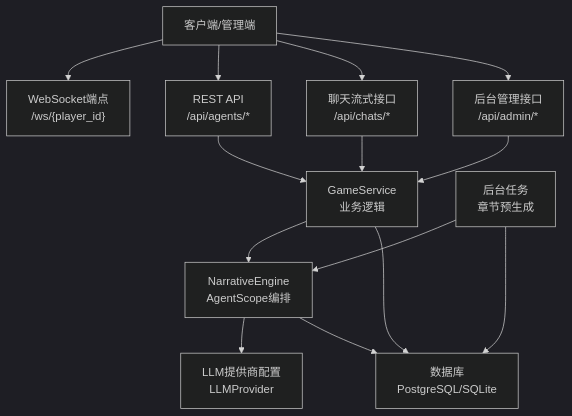
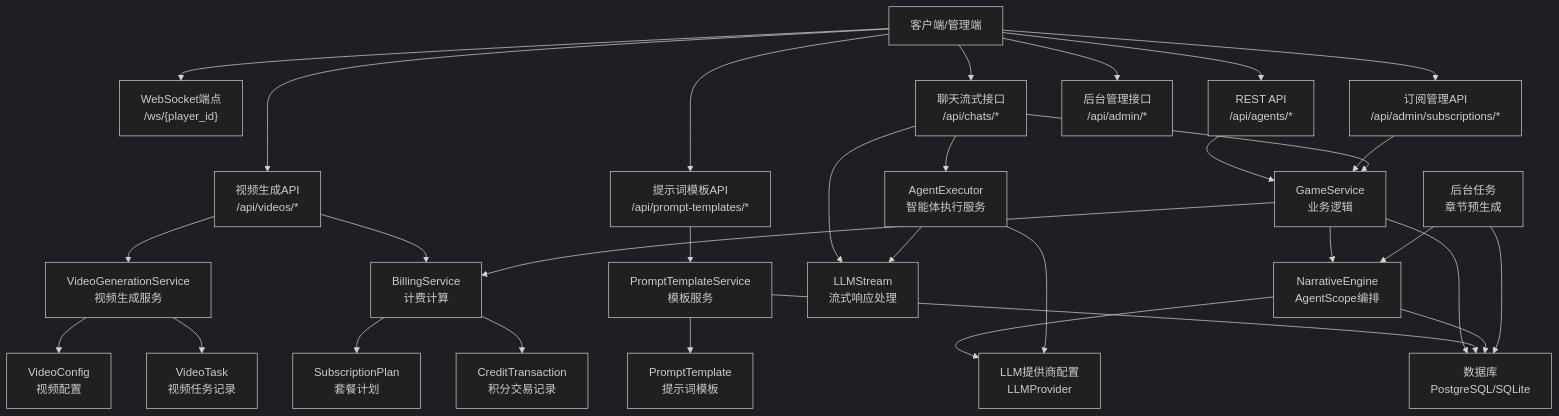
One commit to KunLabAI/KunFlix changed the second of 20 diagrams in .qoder/repowiki/zh/content/后端开发指南/API路由系统/智能体管理API.md. Above: the diagram before and after it, drawn with Mermaid (dark theme). The commit also changed other lines of this file and 25 other files, not shown here.

````diff
--- a/.qoder/repowiki/zh/content/后端开发指南/API路由系统/智能体管理API.md
+++ b/.qoder/repowiki/zh/content/后端开发指南/API路由系统/智能体管理API.md
@@ -109,26 +171,56 @@
 ```mermaid
 graph TB
 CLIENT["客户端/管理端"]
 WS["WebSocket端点<br/>/ws/{player_id}"]
 API["REST API<br/>/api/agents/*"]
+SUBAPI["订阅管理API<br/>/api/admin/subscriptions/*"]
+PROMPTAPI["提示词模板API<br/>/api/prompt-templates/*"]
 CHAT["聊天流式接口<br/>/api/chats/*"]
+VIDEOAPI["视频生成API<br/>/api/videos/*"]
 ADMIN["后台管理接口<br/>/api/admin/*"]
 SERVICE["GameService<br/>业务逻辑"]
+BILLINGSVC["BillingService<br/>计费计算"]
+PROMPTSVR["PromptTemplateService<br/>模板服务"]
+AGENTEXEC["AgentExecutor<br/>智能体执行服务"]
+VIDEOGEN["VideoGenerationService<br/>视频生成服务"]
+LLMSTREAM["LLMStream<br/>流式响应处理"]
 AGENG["NarrativeEngine<br/>AgentScope编排"]
 DB["数据库<br/>PostgreSQL/SQLite"]
 PROVIDER["LLM提供商配置<br/>LLMProvider"]
 TASK["后台任务<br/>章节预生成"]
+CT["CreditTransaction<br/>积分交易记录"]
+SP["SubscriptionPlan<br/>套餐计划"]
+PT["PromptTemplate<br/>提示词模板"]
+VT["VideoTask<br/>视频任务记录"]
+VC["VideoConfig<br/>视频配置"]
 CLIENT --> WS
 CLIENT --> API
+CLIENT --> SUBAPI
+CLIENT --> PROMPTAPI
 CLIENT --> CHAT
+CLIENT --> VIDEOAPI
 CLIENT --> ADMIN
 API --> SERVICE
+SUBAPI --> SERVICE
+PROMPTAPI --> PROMPTSVR
 CHAT --> SERVICE
-ADMIN --> SERVICE
+CHAT --> AGENTEXEC
+CHAT --> LLMSTREAM
+VIDEOAPI --> VIDEOGEN
+VIDEOAPI --> BILLINGSVC
 SERVICE --> AGENG
+SERVICE --> BILLINGSVC
 SERVICE --> DB
+PROMPTSVR --> PT
+PROMPTSVR --> DB
+BILLINGSVC --> CT
+BILLINGSVC --> SP
+VIDEOGEN --> VT
+VIDEOGEN --> VC
 AGENG --> PROVIDER
 AGENG --> DB
+AGENTEXEC --> PROVIDER
+AGENTEXEC --> LLMSTREAM
 TASK --> AGENG
 TASK --> DB
 ```
````
